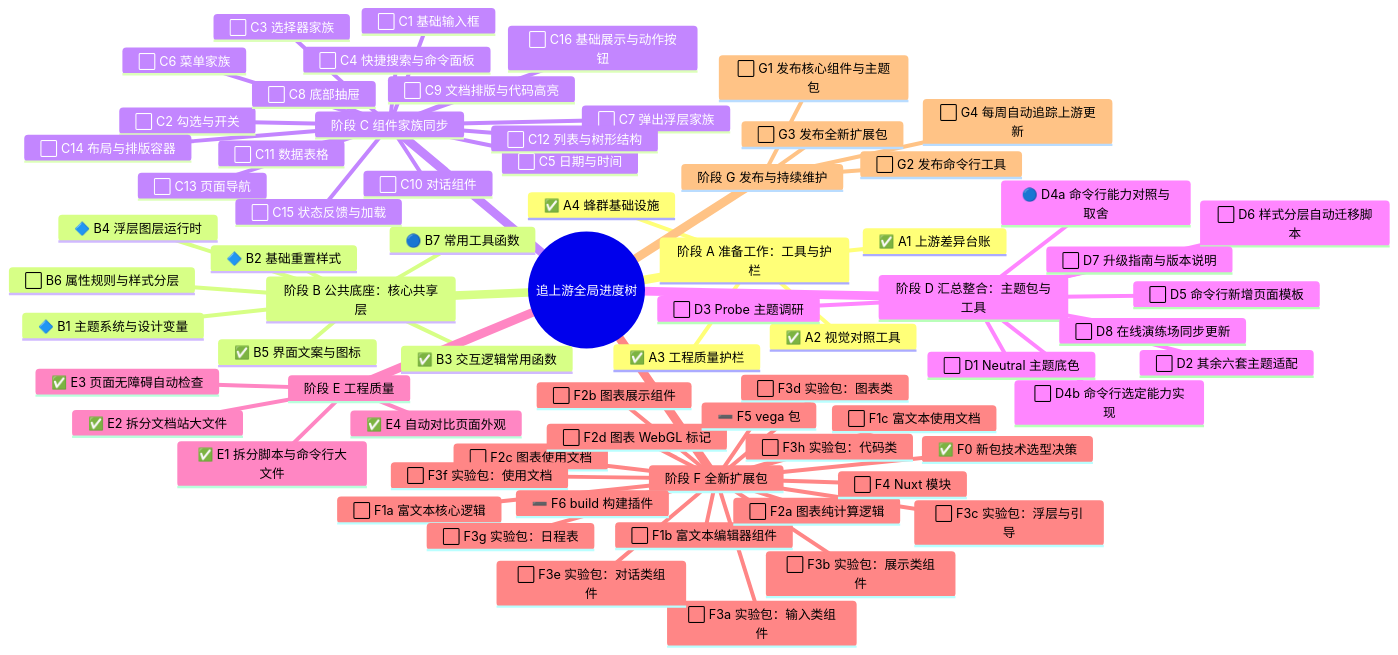
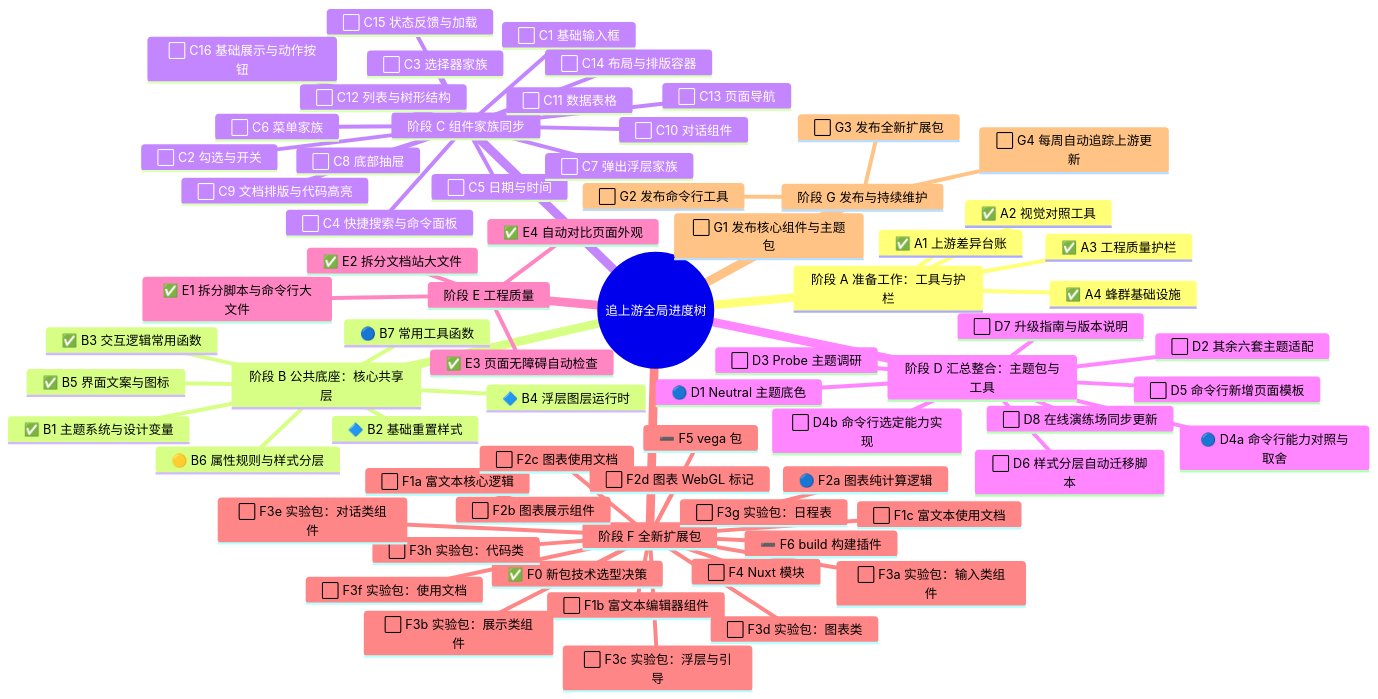
The first of 6 diagrams in .agents-work/upstream-sync/ROADMAP.md (astryx-vue/astryx-vue), drawn with Mermaid before and after one commit. The commit also changed other lines of this file and 2 other files, not shown here.

Commit message:
docs: B1 合入（#130）；B6 计划就绪（FR10 用 containerClass/controlClass，根 class 不变）

````diff
--- a/.agents-work/upstream-sync/ROADMAP.md
+++ b/.agents-work/upstream-sync/ROADMAP.md
@@ -8,74 +8,74 @@
 ```mermaid
 mindmap
   root((追上游全局进度树))
     阶段 A 准备工作：工具与护栏
       ✅ A1 上游差异台账
       ✅ A2 视觉对照工具
       ✅ A3 工程质量护栏
       ✅ A4 蜂群基础设施
     阶段 B 公共底座：核心共享层
-      🔷 B1 主题系统与设计变量
+      ✅ B1 主题系统与设计变量
       🔷 B2 基础重置样式
       ✅ B3 交互逻辑常用函数
       🔷 B4 浮层图层运行时
       ✅ B5 界面文案与图标
-      ⬜ B6 属性规则与样式分层
+      🟡 B6 属性规则与样式分层
       🔵 B7 常用工具函数
     阶段 C 组件家族同步
       ⬜ C1 基础输入框
       ⬜ C2 勾选与开关
       ⬜ C3 选择器家族
       ⬜ C4 快捷搜索与命令面板
       ⬜ C5 日期与时间
       ⬜ C6 菜单家族
       ⬜ C7 弹出浮层家族
       ⬜ C8 底部抽屉
       ⬜ C9 文档排版与代码高亮
       ⬜ C10 对话组件
       ⬜ C11 数据表格
       ⬜ C12 列表与树形结构
       ⬜ C13 页面导航
       ⬜ C14 布局与排版容器
       ⬜ C15 状态反馈与加载
       ⬜ C16 基础展示与动作按钮
     阶段 D 汇总整合：主题包与工具
-      ⬜ D1 Neutral 主题底色
+      🔵 D1 Neutral 主题底色
       ⬜ D2 其余六套主题适配
       ⬜ D3 Probe 主题调研
       🔵 D4a 命令行能力对照与取舍
       ⬜ D4b 命令行选定能力实现
       ⬜ D5 命令行新增页面模板
       ⬜ D6 样式分层自动迁移脚本
       ⬜ D7 升级指南与版本说明
       ⬜ D8 在线演练场同步更新
     阶段 E 工程质量
       ✅ E1 拆分脚本与命令行大文件
       ✅ E2 拆分文档站大文件
       ✅ E3 页面无障碍自动检查
       ✅ E4 自动对比页面外观
     阶段 F 全新扩展包
       ✅ F0 新包技术选型决策
       ⬜ F1a 富文本核心逻辑
       ⬜ F1b 富文本编辑器组件
       ⬜ F1c 富文本使用文档
-      ⬜ F2a 图表纯计算逻辑
+      🔵 F2a 图表纯计算逻辑
       ⬜ F2b 图表展示组件
       ⬜ F2c 图表使用文档
       ⬜ F2d 图表 WebGL 标记
       ⬜ F3a 实验包：输入类组件
       ⬜ F3b 实验包：展示类组件
       ⬜ F3g 实验包：日程表
       ⬜ F3c 实验包：浮层与引导
       ⬜ F3d 实验包：图表类
       ⬜ F3h 实验包：代码类
       ⬜ F3e 实验包：对话类组件
       ⬜ F3f 实验包：使用文档
       ⬜ F4 Nuxt 模块
       ➖ F5 vega 包
       ➖ F6 build 构建插件
     阶段 G 发布与持续维护
       ⬜ G1 发布核心组件与主题包
       ⬜ G2 发布命令行工具
       ⬜ G3 发布全新扩展包
       ⬜ G4 每周自动追踪上游更新
 ```
````
